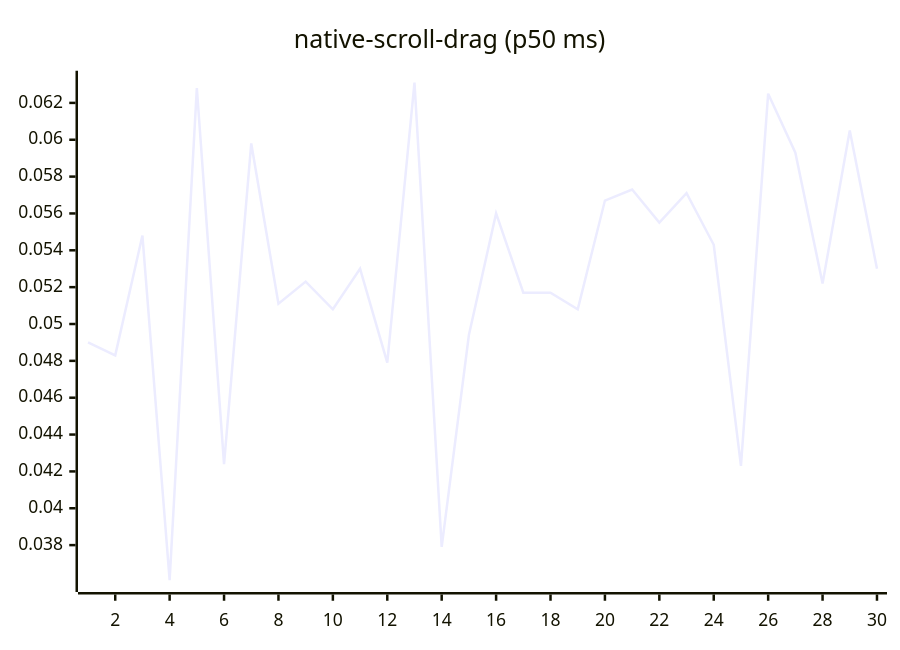
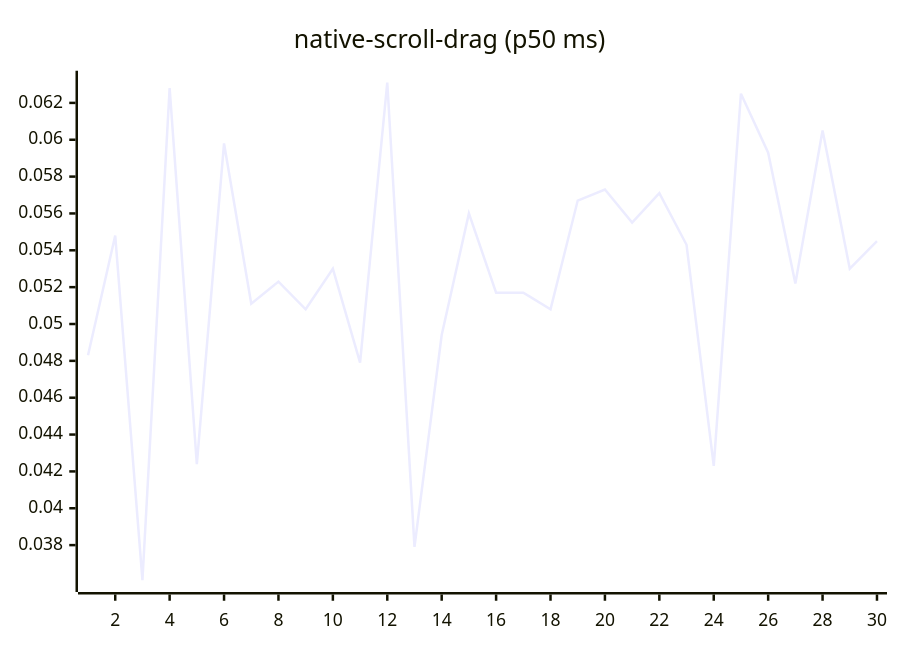
Before and after one commit to josha/Facet: diagram 14 of 27 in README.md, drawn with Mermaid. The commit also changed other lines of this file and 2 other files, not shown here.

````diff
--- a/README.md
+++ b/README.md
@@ -154,6 +154,6 @@
 ```mermaid
 xychart-beta
     title "native-scroll-drag (p50 ms)"
     x-axis 1 --> 30
-    line [0.0490, 0.0483, 0.0548, 0.0361, 0.0628, 0.0424, 0.0598, 0.0511, 0.0523, 0.0508, 0.0530, 0.0479, 0.0631, 0.0379, 0.0494, 0.0560, 0.0517, 0.0517, 0.0508, 0.0567, 0.0573, 0.0555, 0.0571, 0.0543, 0.0423, 0.0625, 0.0593, 0.0522, 0.0605, 0.0530]
+    line [0.0483, 0.0548, 0.0361, 0.0628, 0.0424, 0.0598, 0.0511, 0.0523, 0.0508, 0.0530, 0.0479, 0.0631, 0.0379, 0.0494, 0.0560, 0.0517, 0.0517, 0.0508, 0.0567, 0.0573, 0.0555, 0.0571, 0.0543, 0.0423, 0.0625, 0.0593, 0.0522, 0.0605, 0.0530, 0.0545]
 ```
````
